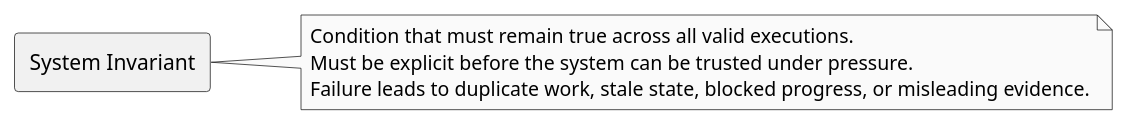
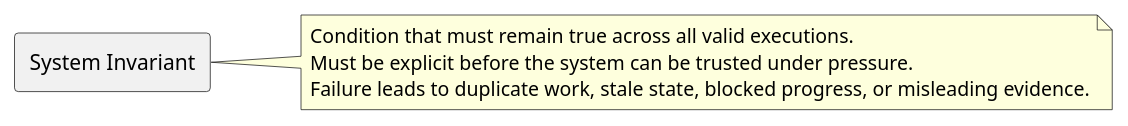
The fourth of 6 diagrams in doc/lectures/week2/object_boundaries/README.slides.adoc (madajaju/CS5254), drawn with PlantUML before and after one commit. The commit also changed other lines of this file and 129 other files, not shown here.

```diff
--- a/doc/lectures/week2/object_boundaries/README.slides.adoc
+++ b/doc/lectures/week2/object_boundaries/README.slides.adoc
@@ -67,15 +67,15 @@
 [plantuml, format=svg]
 ----
 @startuml
-skinparam monochrome true
+
 skinparam shadowing false
 left to right direction
 
 rectangle "System Invariant" as Topic
 note right of Topic
   Condition that must remain true across all valid executions.
   Must be explicit before the system can be trusted under pressure.
   Failure leads to duplicate work, stale state, blocked progress, or misleading evidence.
 end note
 @enduml
 ----
```
